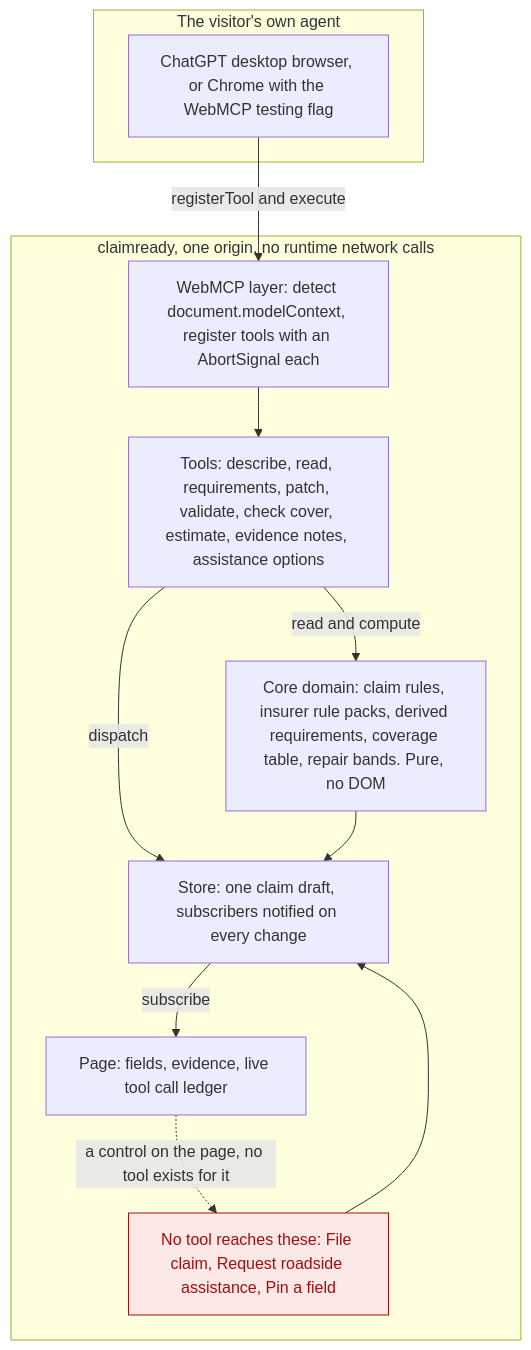
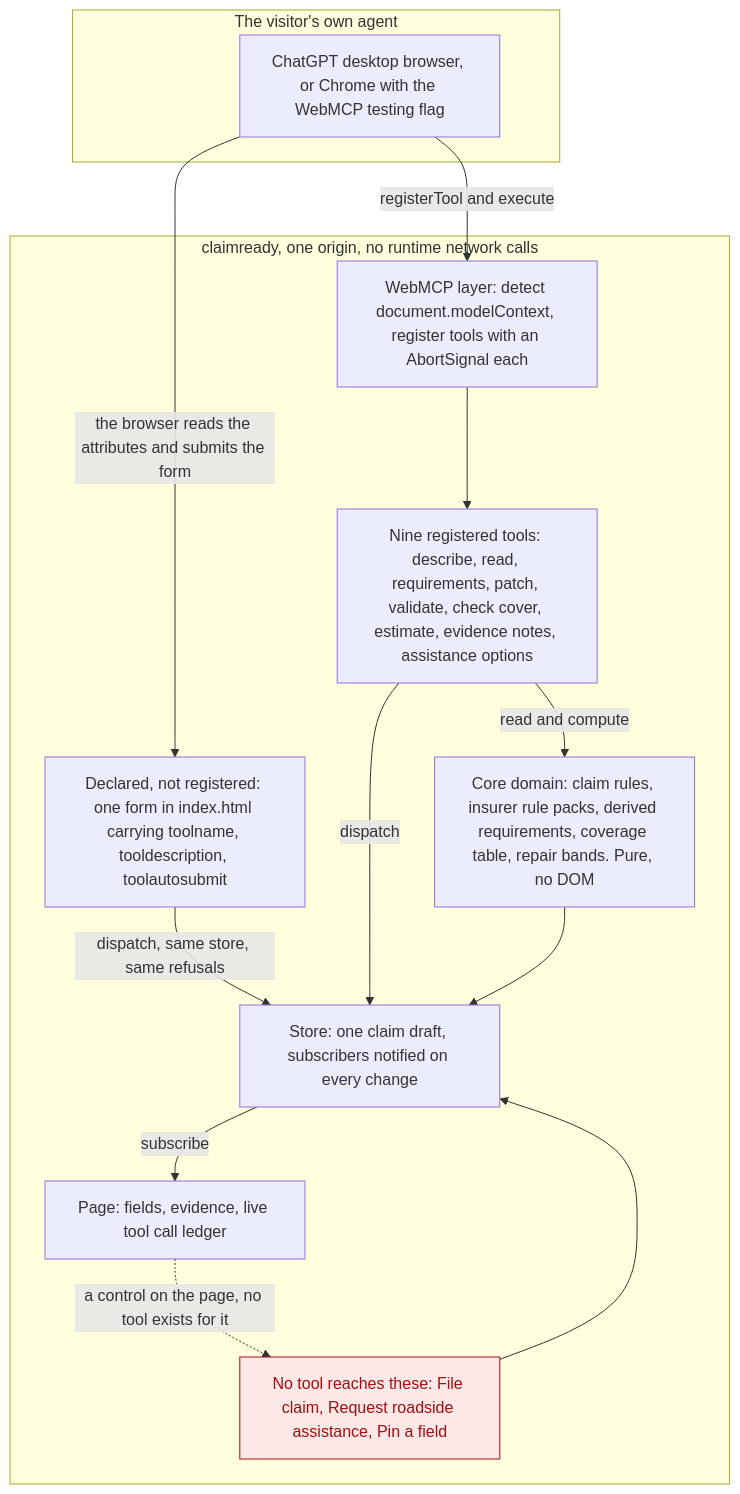
The first of 2 diagrams in README.md (upgradedev/claimready), drawn with Mermaid before and after one commit. The commit also changed other lines of this file and 14 other files, not shown here.

````diff
--- a/README.md
+++ b/README.md
@@ -111,27 +151,30 @@
 ```mermaid
 flowchart TB
   subgraph outside["The visitor's own agent"]
     AG["ChatGPT desktop browser, or Chrome with the WebMCP testing flag"]
   end
 
   subgraph origin["claimready, one origin, no runtime network calls"]
     MCP["WebMCP layer: detect document.modelContext, register tools with an AbortSignal each"]
-    TOOLS["Tools: describe, read, requirements, patch, validate, check cover, estimate, evidence notes, assistance options"]
+    TOOLS["Nine registered tools: describe, read, requirements, patch, validate, check cover, estimate, evidence notes, assistance options"]
+    FORM["Declared, not registered: one form in index.html carrying toolname, tooldescription, toolautosubmit"]
     STORE["Store: one claim draft, subscribers notified on every change"]
     CORE["Core domain: claim rules, insurer rule packs, derived requirements, coverage table, repair bands. Pure, no DOM"]
     UI["Page: fields, evidence, live tool call ledger"]
     HUMAN["No tool reaches these: File claim, Request roadside assistance, Pin a field"]
   end
 
   AG -->|"registerTool and execute"| MCP
+  AG -->|"the browser reads the attributes and submits the form"| FORM
   MCP --> TOOLS
+  FORM -->|"dispatch, same store, same refusals"| STORE
   TOOLS -->|"dispatch"| STORE
   TOOLS -->|"read and compute"| CORE
   STORE -->|"subscribe"| UI
   CORE --> STORE
   UI -.->|"a control on the page, no tool exists for it"| HUMAN
   HUMAN --> STORE
 
   classDef guarded fill:#fce8e6,stroke:#a50e0e,color:#a50e0e
   class HUMAN guarded
 ```
````
